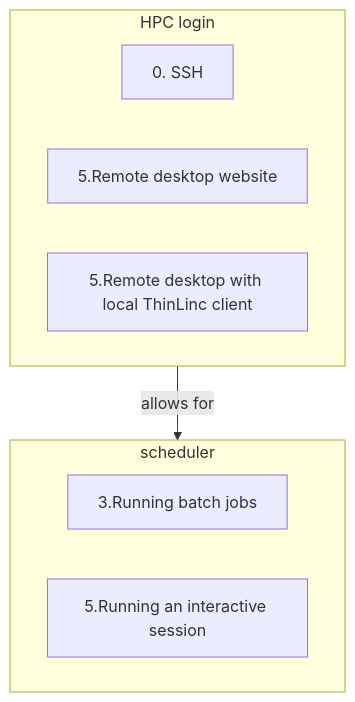
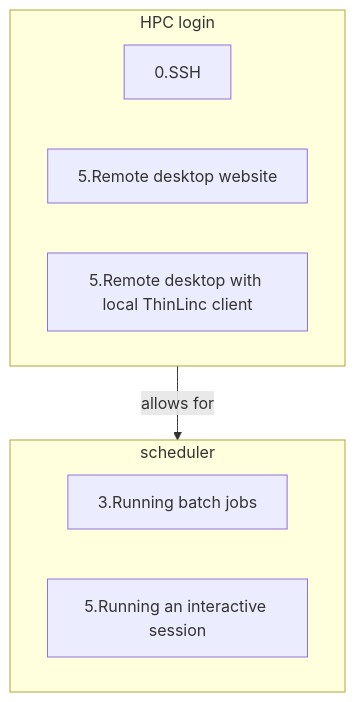
The diagram in docs/r/intro_r_overview_course_login_and_scheduler.mmd (UPPMAX/R-python-julia-matlab-HPC), drawn with Mermaid before and after one commit.

```diff
--- a/docs/r/intro_r_overview_course_login_and_scheduler.mmd
+++ b/docs/r/intro_r_overview_course_login_and_scheduler.mmd
@@ -1,13 +1,13 @@
 flowchart TD
 
     subgraph login[HPC login]
-      ssh[0. SSH]
+      ssh[0.SSH]
       remote_desktop_website[5.Remote desktop website]
       remote_desktop_local_thinlinc_client[5.Remote desktop with local ThinLinc client]
     end
     subgraph scheduler[scheduler]
       running_batch_jobs[3.Running batch jobs]
       running_interactive_session[5.Running an interactive session]
     end
   
     login --> |allows for| scheduler
```
